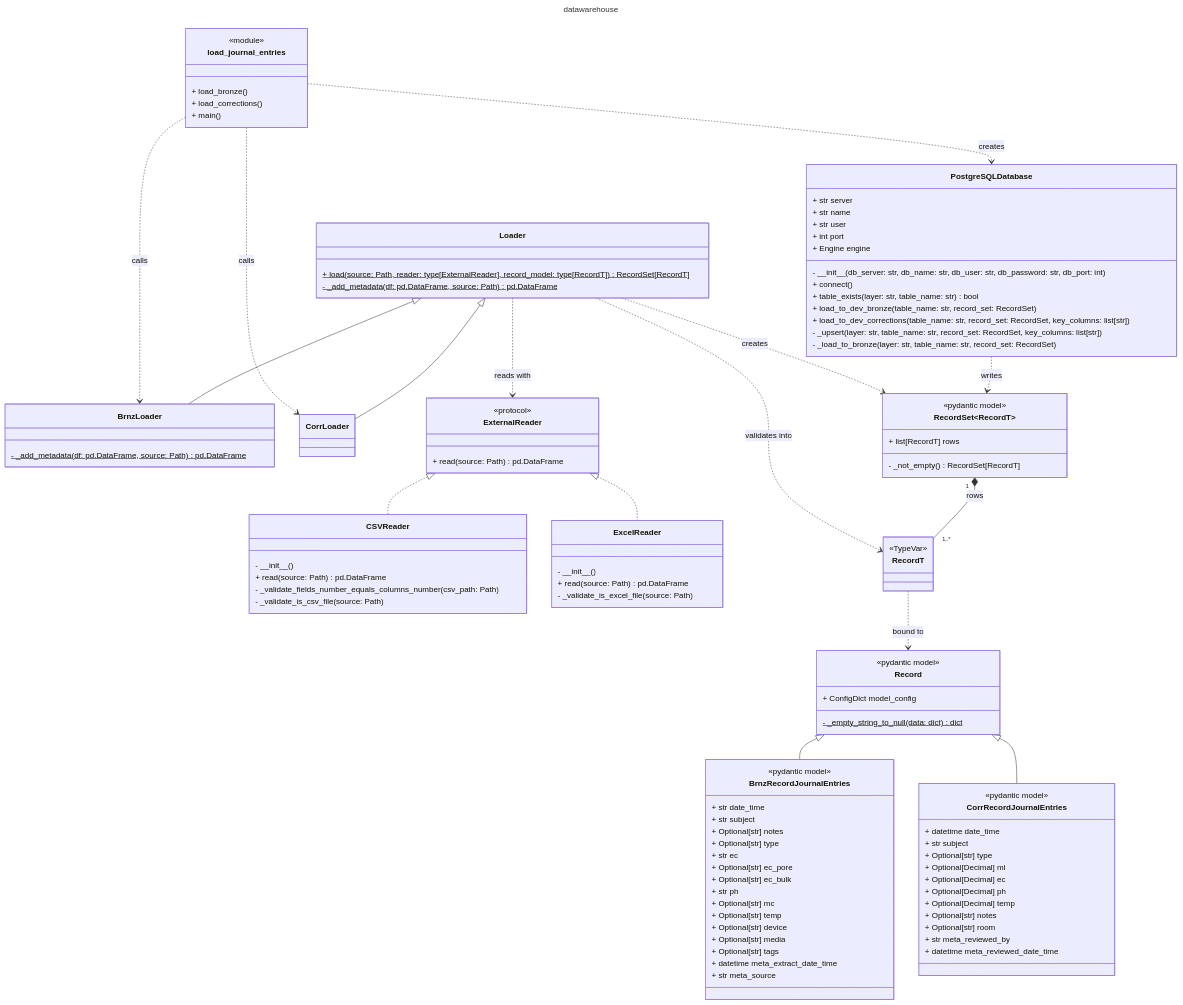
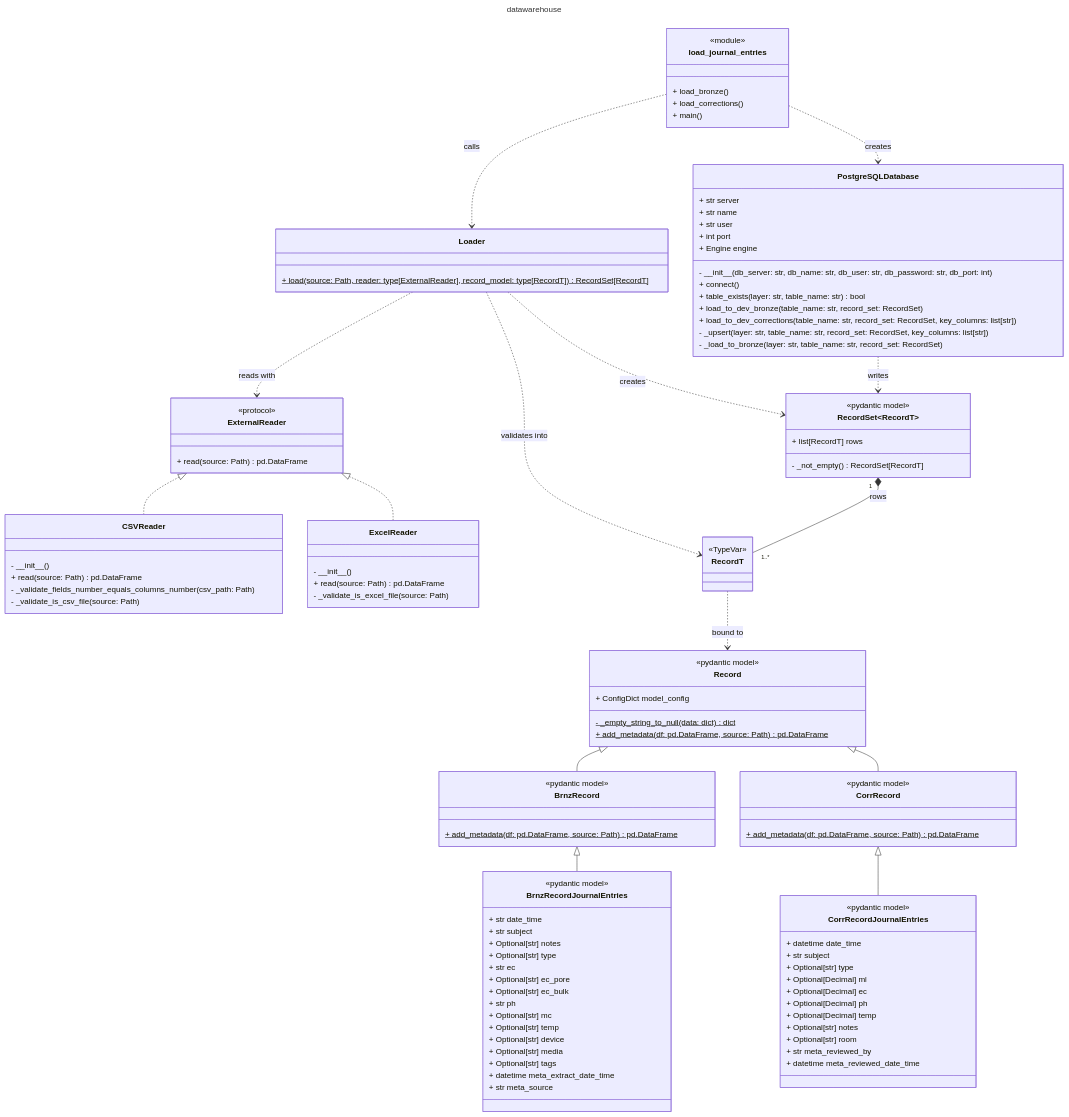
One commit to le1douglas/DataWarehouse changed the diagram in docs/CLASS_DIAGRAM.md. Above: the diagram before and after it, drawn with Mermaid. The commit also changed other lines of this file and 9 other files, not shown here.

Commit message:
loader behaviour is now decided by the superclass of the record, so there is only one loader class for all record types

````diff
--- a/docs/CLASS_DIAGRAM.md
+++ b/docs/CLASS_DIAGRAM.md
@@ -18,14 +18,7 @@
 
     class Loader {
         + load(source: Path, reader: type[ExternalReader], record_model: type[RecordT]) RecordSet[RecordT]$
-        - \_add_metadata(df: pd.DataFrame, source: Path) pd.DataFrame$
     }
-
-    class BrnzLoader {
-        - \_add_metadata(df: pd.DataFrame, source: Path) pd.DataFrame$
-    }
-
-    class CorrLoader
 
     class PostgreSQLDatabase {
         + str server
@@ -74,6 +67,17 @@
         <<pydantic model>>
         + ConfigDict model_config
         - \_empty_string_to_null(data: dict) dict$
+        + add_metadata(df: pd.DataFrame, source: Path) pd.DataFrame$
+    }
+
+    class BrnzRecord {
+        <<pydantic model>>
+        + add_metadata(df: pd.DataFrame, source: Path) pd.DataFrame$
+    }
+
+    class CorrRecord {
+        <<pydantic model>>
+        + add_metadata(df: pd.DataFrame, source: Path) pd.DataFrame$
     }
 
     class BrnzRecordJournalEntries {
@@ -110,12 +114,8 @@
         + datetime meta_reviewed_date_time
     }
 
-    load_journal_entries ..> BrnzLoader : calls
-    load_journal_entries ..> CorrLoader : calls
+    load_journal_entries ..> Loader : calls
     load_journal_entries ..> PostgreSQLDatabase : creates
-
-    Loader <|-- BrnzLoader
-    Loader <|-- CorrLoader
 
     Loader ..> ExternalReader : reads with
     Loader ..> RecordSet : creates
@@ -128,6 +128,8 @@
     RecordSet "1" *-- "1..*" RecordT : rows
     RecordT ..> Record : bound to
 
-    Record <|-- BrnzRecordJournalEntries
-    Record <|-- CorrRecordJournalEntries
+    Record <|-- BrnzRecord
+    Record <|-- CorrRecord
+    BrnzRecord <|-- BrnzRecordJournalEntries
+    CorrRecord <|-- CorrRecordJournalEntries
 ```
````
